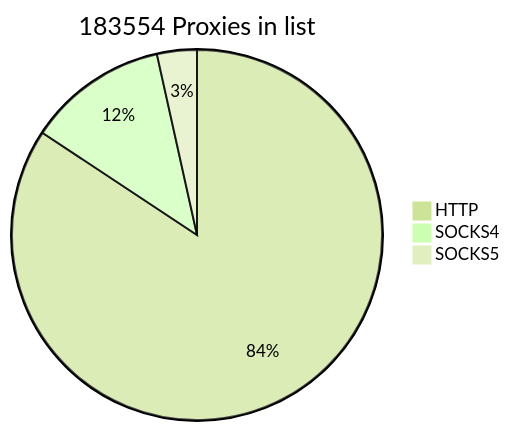
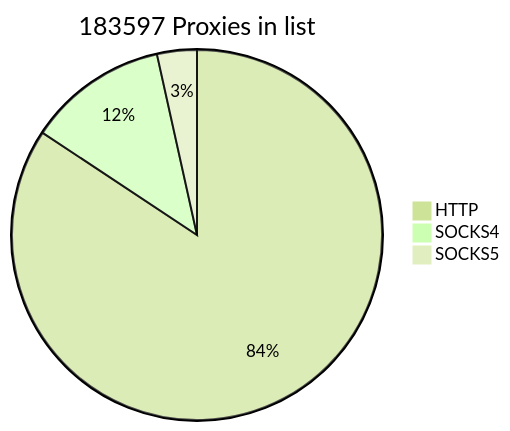
Before and after one commit to cutipu/proxylist: the first of 2 diagrams in README.md, drawn with Mermaid (forest theme). The commit also changed other lines of this file, not shown here.

````diff
--- a/README.md
+++ b/README.md
@@ -2,7 +2,7 @@
 ```mermaid
-pie title 183554 Proxies in list
-    "HTTP" : 154732
-    "SOCKS4" : 22441
-    "SOCKS5" : 6381
+pie title 183597 Proxies in list
+    "HTTP" : 154782
+    "SOCKS4" : 22440
+    "SOCKS5" : 6375
             
 ```
````
